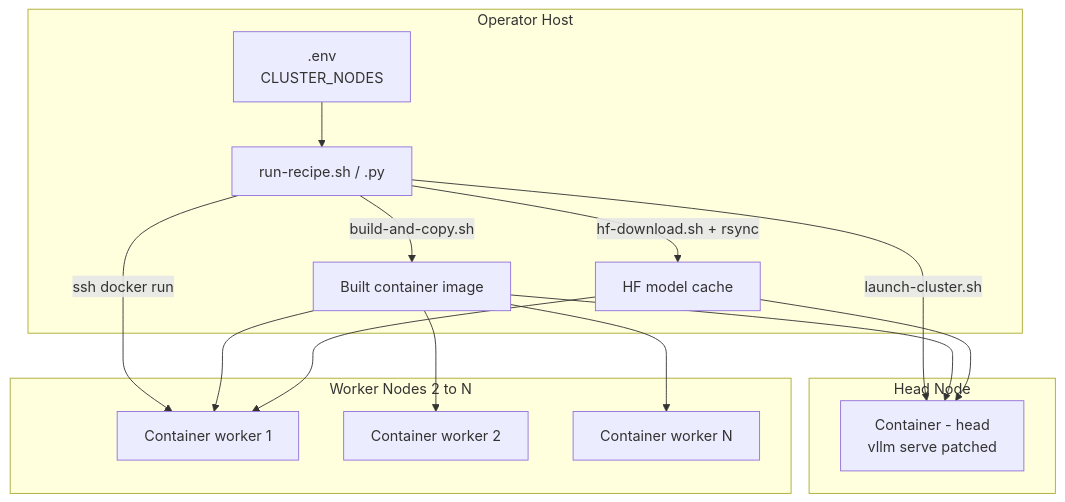
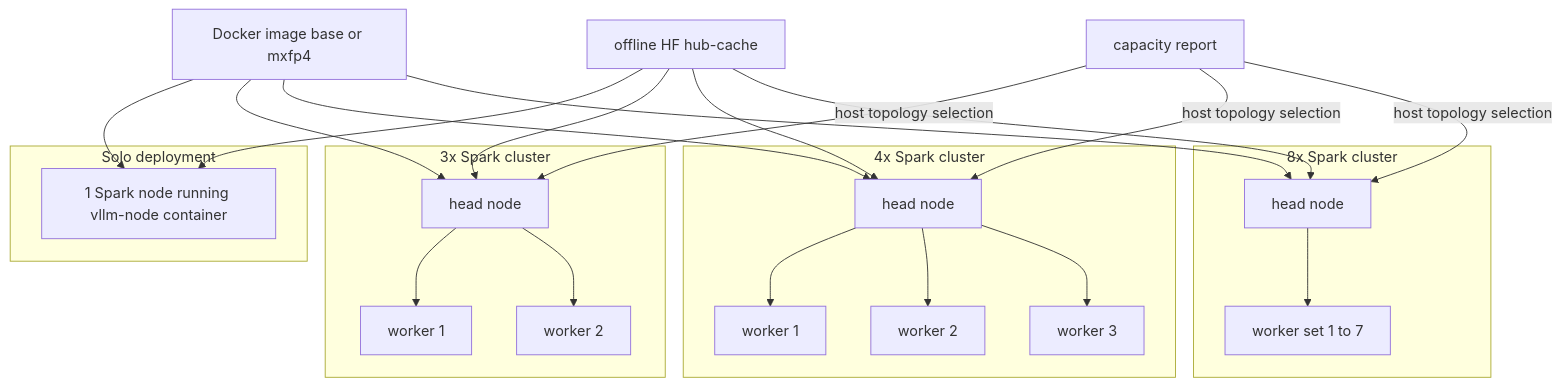
Diagram 12 of 12 in deepwiki-rs-docs/2.Architecture.md (jpfulton-fultonengineeringservices/spark-vllm-docker), drawn with Mermaid before and after one commit. The commit also changed other lines of this file and 156 other files, not shown here.

````diff
--- a/deepwiki-rs-docs/2.Architecture.md
+++ b/deepwiki-rs-docs/2.Architecture.md
@@ -617,31 +776,42 @@
 ```mermaid
-graph TB
-    subgraph Host["Operator Host"]
-        RR["run-recipe.sh / .py"]
-        ENV[".env<br/>CLUSTER_NODES"]
-        IMG["Built container image"]
-        HFC["HF model cache"]
+graph TD
+    subgraph SOLO["Solo deployment"]
+        S1["1 Spark node running vllm-node container"]
     end
 
-    subgraph Head["Head Node"]
-        HC["Container - head<br/>vllm serve patched"]
+    subgraph C3["3x Spark cluster"]
+        H3["head node"]
+        W3a["worker 1"]
+        W3b["worker 2"]
+        H3 --> W3a
+        H3 --> W3b
     end
 
-    subgraph Workers["Worker Nodes 2 to N"]
-        W1["Container worker 1"]
-        W2["Container worker 2"]
-        WN["Container worker N"]
+    subgraph C4["4x Spark cluster"]
+        H4["head node"]
+        W4a["worker 1"]
+        W4b["worker 2"]
+        W4c["worker 3"]
+        H4 --> W4a
+        H4 --> W4b
+        H4 --> W4c
     end
 
-    RR -->|"build-and-copy.sh"| IMG
-    RR -->|"hf-download.sh + rsync"| HFC
-    RR -->|"launch-cluster.sh"| HC
-    RR -->|"ssh docker run"| W1
-    IMG --> HC
-    IMG --> W1
-    IMG --> W2
-    IMG --> WN
-    HFC --> HC
-    HFC --> W1
-    ENV --> RR
+    subgraph C8["8x Spark cluster"]
+        H8["head node"]
+        W8a["worker set 1 to 7"]
+        H8 --> W8a
+    end
+
+    IMG["Docker image base or mxfp4"] --> S1
+    IMG --> H3
+    IMG --> H4
+    IMG --> H8
+    HC["offline HF hub-cache"] --> S1
+    HC --> H3
+    HC --> H4
+    HC --> H8
+    CAP["capacity report"] -->|"host topology selection"| H3
+    CAP -->|"host topology selection"| H4
+    CAP -->|"host topology selection"| H8
 ```
````
